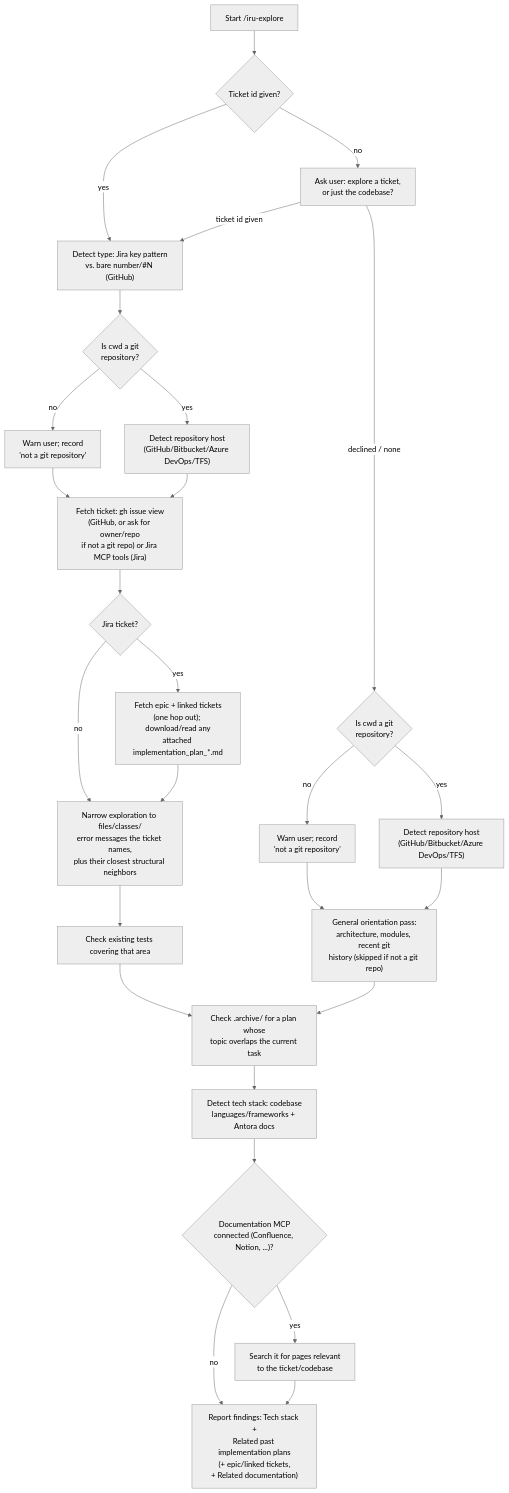
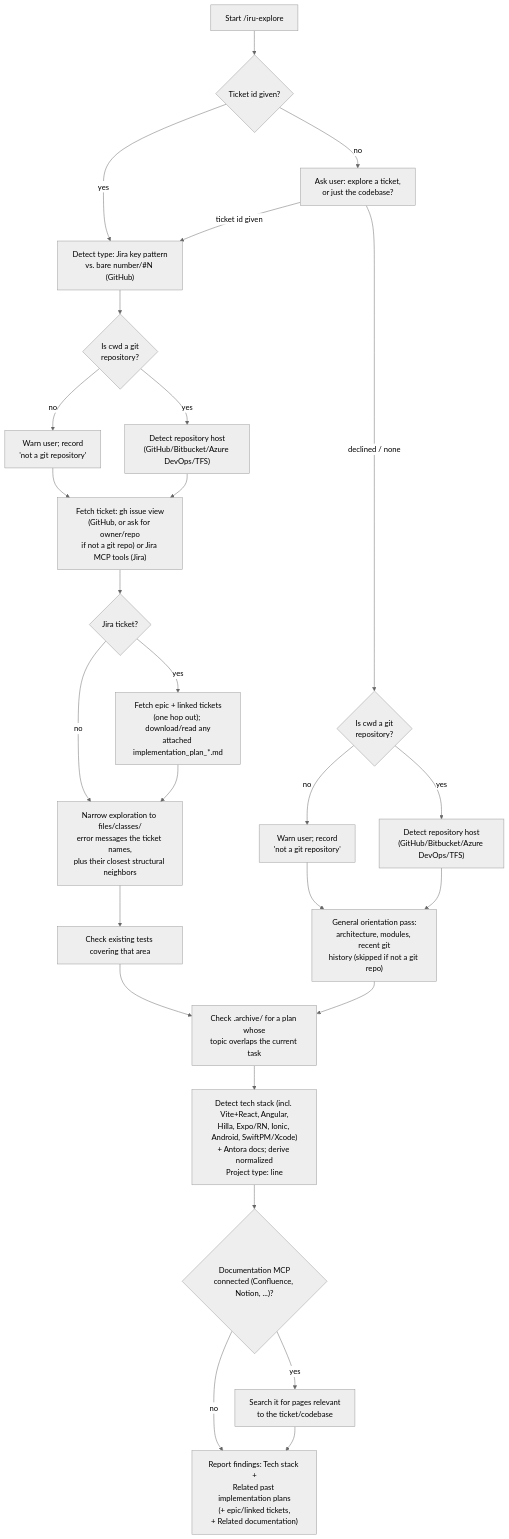
The diagram in docs/modules/ROOT/pages/skills/iru-explore.adoc (albertoirurueta/ai-catalog), drawn with Mermaid (neutral theme) before and after one commit. The commit also changed other lines of this file and 162 other files, not shown here.

First line of the commit message:
Extend the catalog to TypeScript, Android, Swift and hybrid mobile stacks with an open-source-aware repository setup front door (#6) (#7)

```diff
--- a/docs/modules/ROOT/pages/skills/iru-explore.adoc
+++ b/docs/modules/ROOT/pages/skills/iru-explore.adoc
@@ -88,30 +149,30 @@
 [mermaid]
 ....
 flowchart TD
     A[Start /iru-explore] --> B{Ticket id given?}
     B -- yes --> C["Detect type: Jira key pattern\nvs. bare number/#N (GitHub)"]
     B -- no --> D["Ask user: explore a ticket,\nor just the codebase?"]
     D -- ticket id given --> C
     D -- declined / none --> E0{Is cwd a git\nrepository?}
     C --> F0{Is cwd a git\nrepository?}
     F0 -- no --> F1["Warn user; record\n'not a git repository'"]
     F0 -- yes --> F["Detect repository host\n(GitHub/Bitbucket/Azure DevOps/TFS)"]
     F1 --> G
     F --> G["Fetch ticket: gh issue view\n(GitHub, or ask for owner/repo\nif not a git repo) or Jira MCP tools (Jira)"]
     G --> G1{Jira ticket?}
     G1 -- yes --> G2["Fetch epic + linked tickets\n(one hop out); download/read any\nattached implementation_plan_*.md"]
     G1 -- no --> H
     G2 --> H["Narrow exploration to files/classes/\nerror messages the ticket names,\nplus their closest structural neighbors"]
     H --> I["Check existing tests covering that area"]
     E0 -- no --> F1B["Warn user; record\n'not a git repository'"]
     E0 -- yes --> E["Detect repository host\n(GitHub/Bitbucket/Azure DevOps/TFS)"]
     F1B --> J
     E --> J["General orientation pass:\narchitecture, modules, recent git\nhistory (skipped if not a git repo)"]
     I --> O["Check .archive/ for a plan whose\ntopic overlaps the current task"]
     J --> O
-    O --> K["Detect tech stack: codebase\nlanguages/frameworks + Antora docs"]
+    O --> K["Detect tech stack (incl. Vite+React, Angular,\nHilla, Expo/RN, Ionic, Android, SwiftPM/Xcode)\n+ Antora docs; derive normalized\nProject type: line"]
     K --> M{"Documentation MCP\nconnected (Confluence, Notion, ...)?"}
     M -- yes --> N["Search it for pages relevant\nto the ticket/codebase"]
     M -- no --> L["Report findings: Tech stack +\nRelated past implementation plans\n(+ epic/linked tickets,\n+ Related documentation)"]
     N --> L
 ....
```
